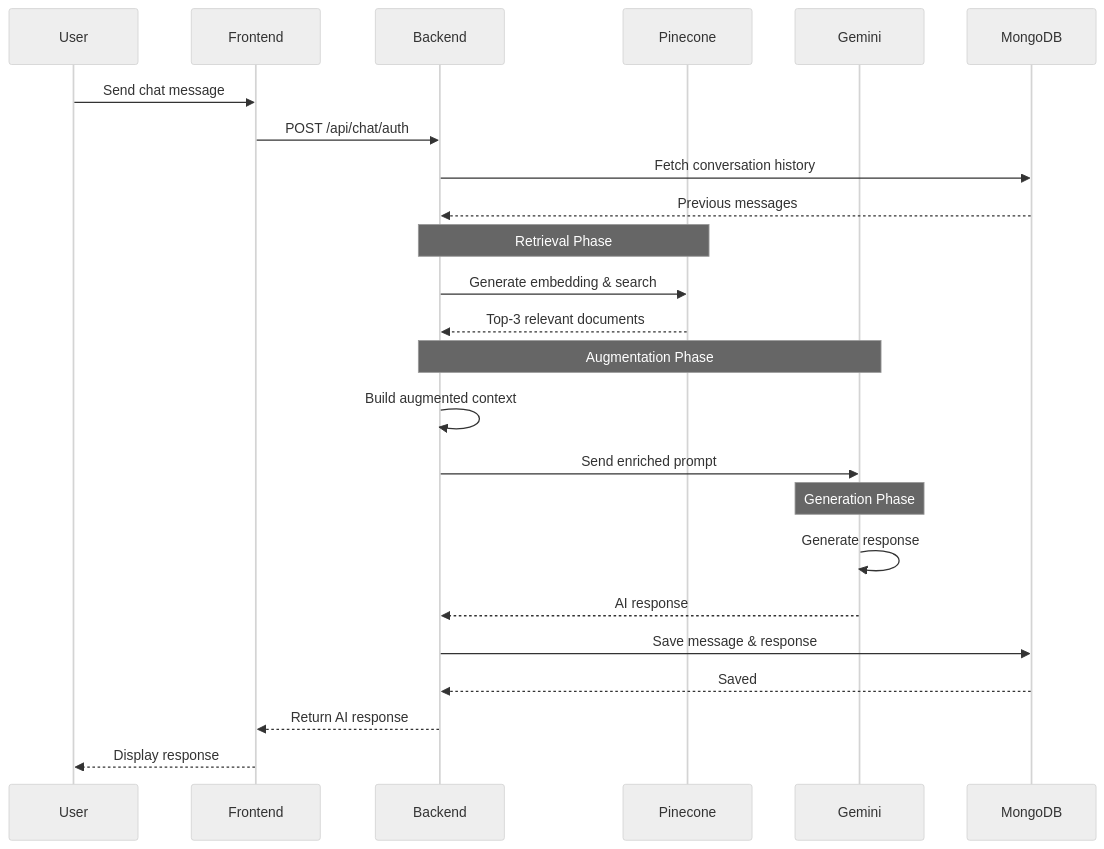
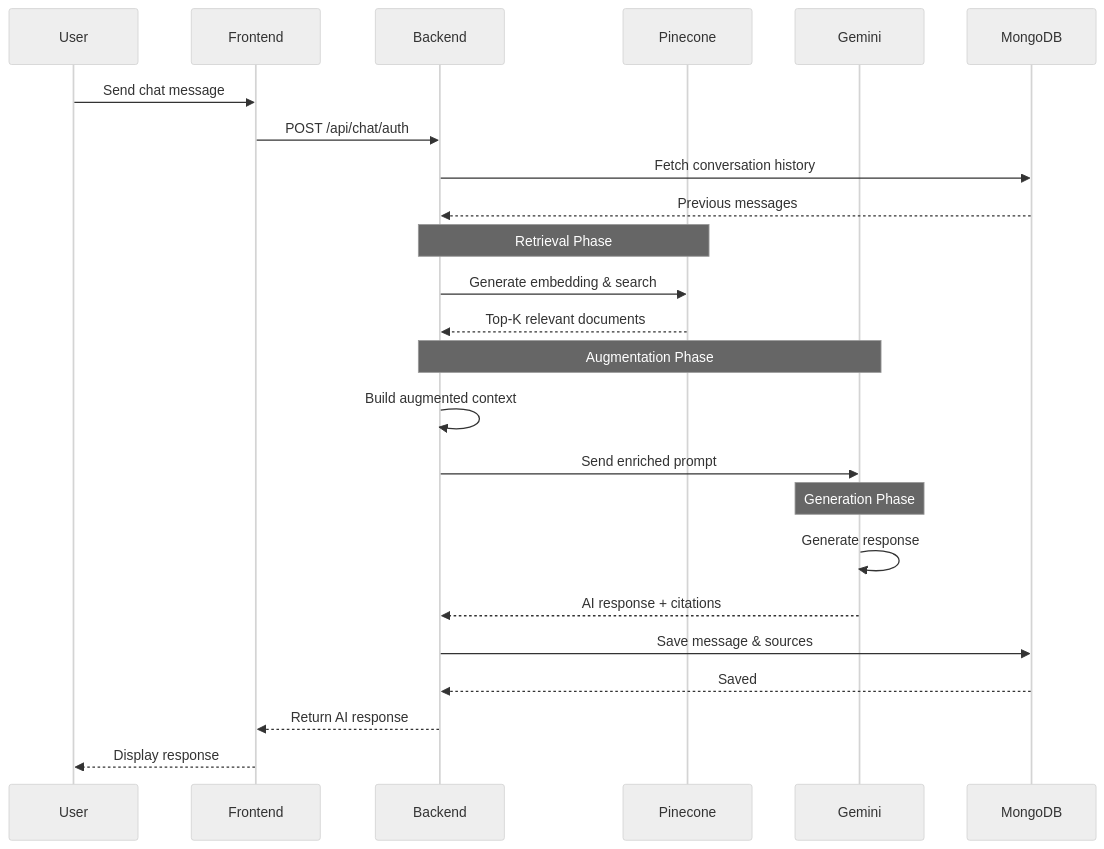
The second of 7 diagrams in README.md (hoangsonww/AI-RAG-Assistant-Chatbot), drawn with Mermaid (neutral theme) before and after one commit. The commit also changed other lines of this file and 30 other files, not shown here.

````diff
--- a/README.md
+++ b/README.md
@@ -207,31 +205,31 @@
 ```mermaid
 sequenceDiagram
     participant User
     participant Frontend
     participant Backend
     participant Pinecone
     participant Gemini
     participant MongoDB
 
     User->>Frontend: Send chat message
     Frontend->>Backend: POST /api/chat/auth
     Backend->>MongoDB: Fetch conversation history
     MongoDB-->>Backend: Previous messages
 
     Note over Backend,Pinecone: Retrieval Phase
     Backend->>Pinecone: Generate embedding & search
-    Pinecone-->>Backend: Top-3 relevant documents
+    Pinecone-->>Backend: Top-K relevant documents
 
     Note over Backend,Gemini: Augmentation Phase
     Backend->>Backend: Build augmented context
     Backend->>Gemini: Send enriched prompt
 
     Note over Gemini: Generation Phase
     Gemini->>Gemini: Generate response
-    Gemini-->>Backend: AI response
+    Gemini-->>Backend: AI response + citations
 
-    Backend->>MongoDB: Save message & response
+    Backend->>MongoDB: Save message & sources
     MongoDB-->>Backend: Saved
     Backend-->>Frontend: Return AI response
     Frontend-->>User: Display response
 ```
````
